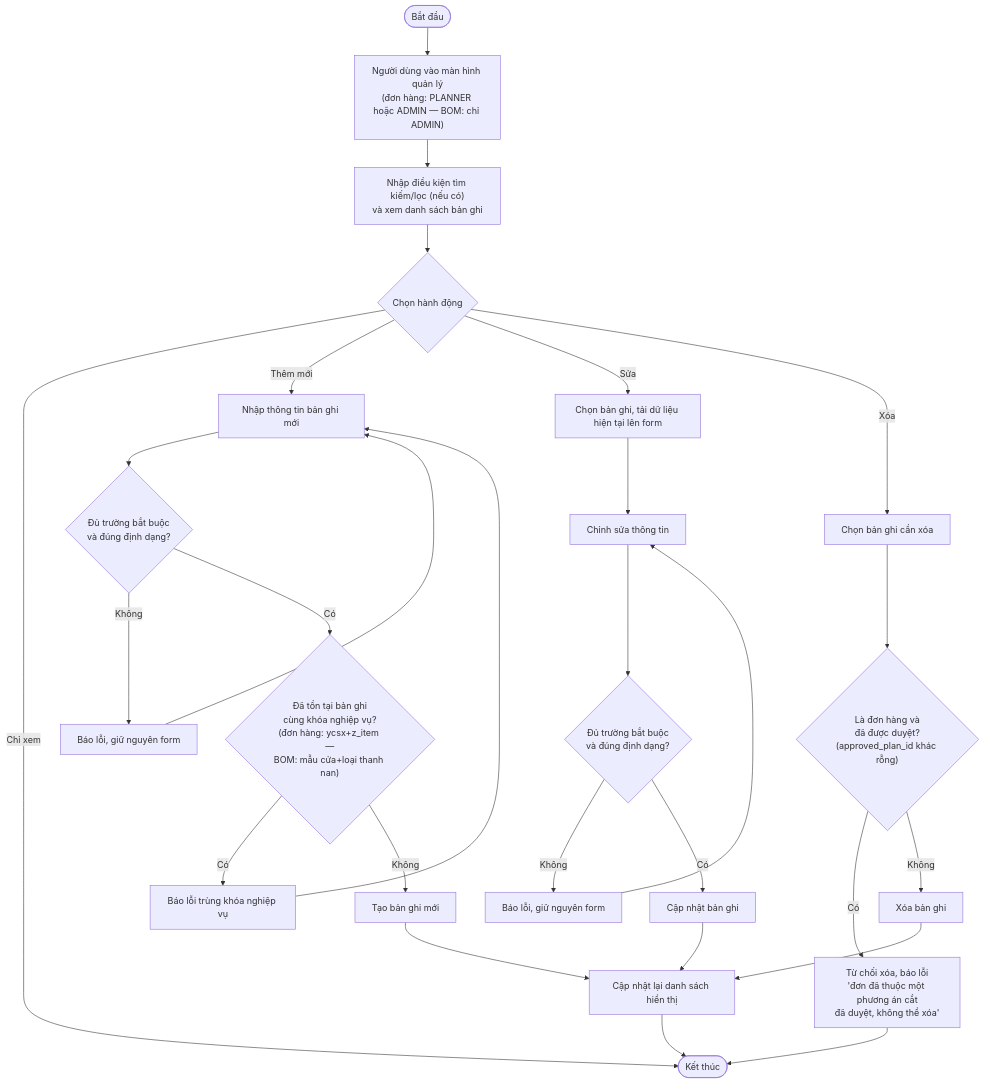
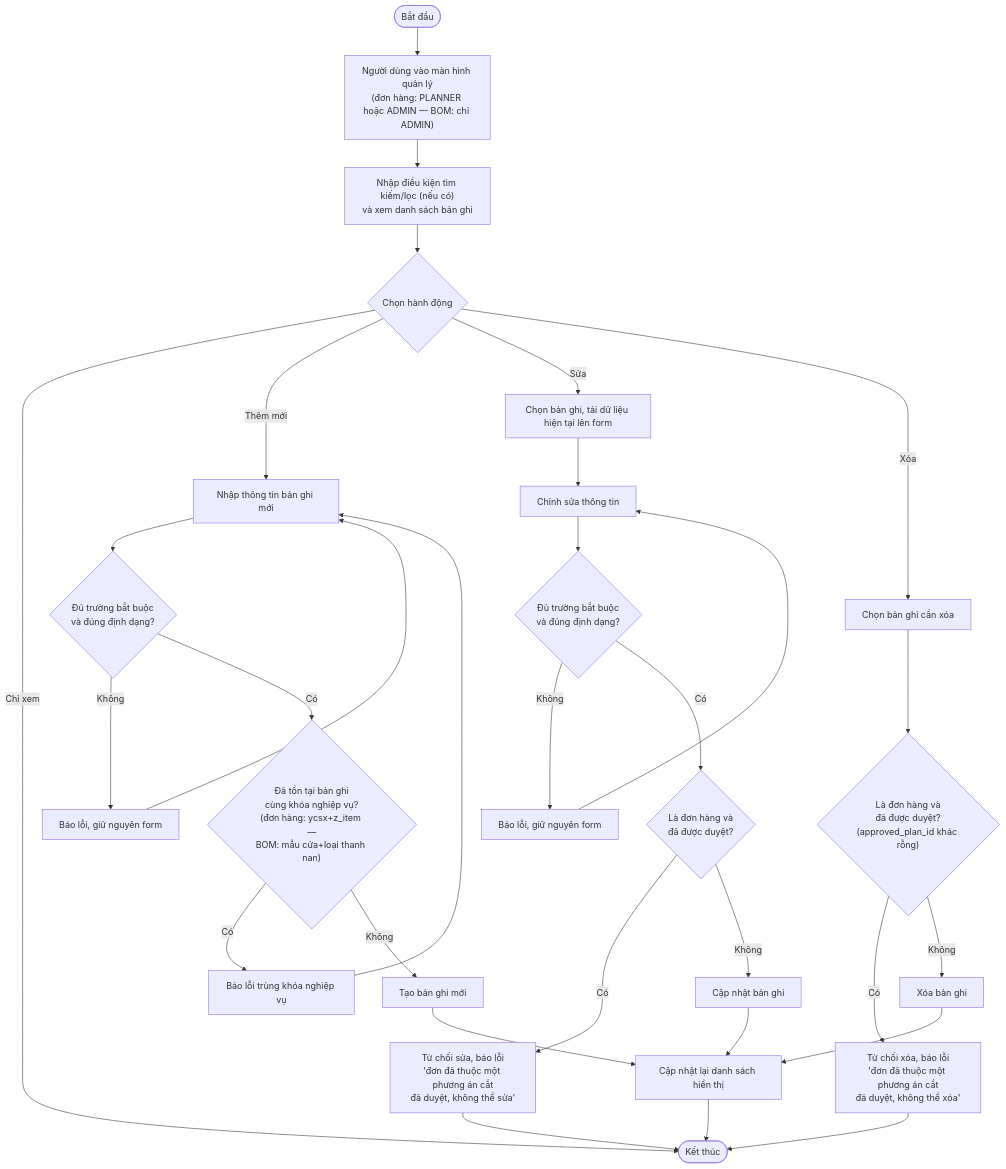
One commit to huydeptraii123/GraduationThesis changed the second of 5 diagrams in docs/activity-diagrams.md. Above: the diagram before and after it, drawn with Mermaid. The commit also changed other lines of this file and 10 other files, not shown here.

````diff
--- a/docs/activity-diagrams.md
+++ b/docs/activity-diagrams.md
@@ -48,34 +53,37 @@
 ```mermaid
 flowchart TD
     A([Bắt đầu]) --> B["Người dùng vào màn hình quản lý<br/>(đơn hàng: PLANNER hoặc ADMIN — BOM: chỉ ADMIN)"]
     B --> C["Nhập điều kiện tìm kiếm/lọc (nếu có)<br/>và xem danh sách bản ghi"]
     C --> D{"Chọn hành động"}
 
     D -- "Chỉ xem" --> Z([Kết thúc])
 
     D -- "Thêm mới" --> E["Nhập thông tin bản ghi mới"]
     E --> F{"Đủ trường bắt buộc<br/>và đúng định dạng?"}
     F -- "Không" --> F1["Báo lỗi, giữ nguyên form"]
     F1 --> E
     F -- "Có" --> G{"Đã tồn tại bản ghi<br/>cùng khóa nghiệp vụ?<br/>(đơn hàng: ycsx+z_item —<br/>BOM: mẫu cửa+loại thanh nan)"}
     G -- "Có" --> G1["Báo lỗi trùng khóa nghiệp vụ"]
     G1 --> E
     G -- "Không" --> H["Tạo bản ghi mới"]
     H --> R["Cập nhật lại danh sách hiển thị"]
     R --> Z
 
     D -- "Sửa" --> J["Chọn bản ghi, tải dữ liệu hiện tại lên form"]
     J --> K["Chỉnh sửa thông tin"]
     K --> L{"Đủ trường bắt buộc<br/>và đúng định dạng?"}
     L -- "Không" --> L1["Báo lỗi, giữ nguyên form"]
     L1 --> K
-    L -- "Có" --> M["Cập nhật bản ghi"]
+    L -- "Có" --> L2{"Là đơn hàng và<br/>đã được duyệt?"}
+    L2 -- "Có" --> L3["Từ chối sửa, báo lỗi<br/>'đơn đã thuộc một phương án cắt<br/>đã duyệt, không thể sửa'"]
+    L3 --> Z
+    L2 -- "Không" --> M["Cập nhật bản ghi"]
     M --> R
 
     D -- "Xóa" --> N["Chọn bản ghi cần xóa"]
     N --> O{"Là đơn hàng và<br/>đã được duyệt?<br/>(approved_plan_id khác rỗng)"}
     O -- "Có" --> O1["Từ chối xóa, báo lỗi<br/>'đơn đã thuộc một phương án cắt<br/>đã duyệt, không thể xóa'"]
     O1 --> Z
     O -- "Không" --> P["Xóa bản ghi"]
     P --> R
 ```
````
